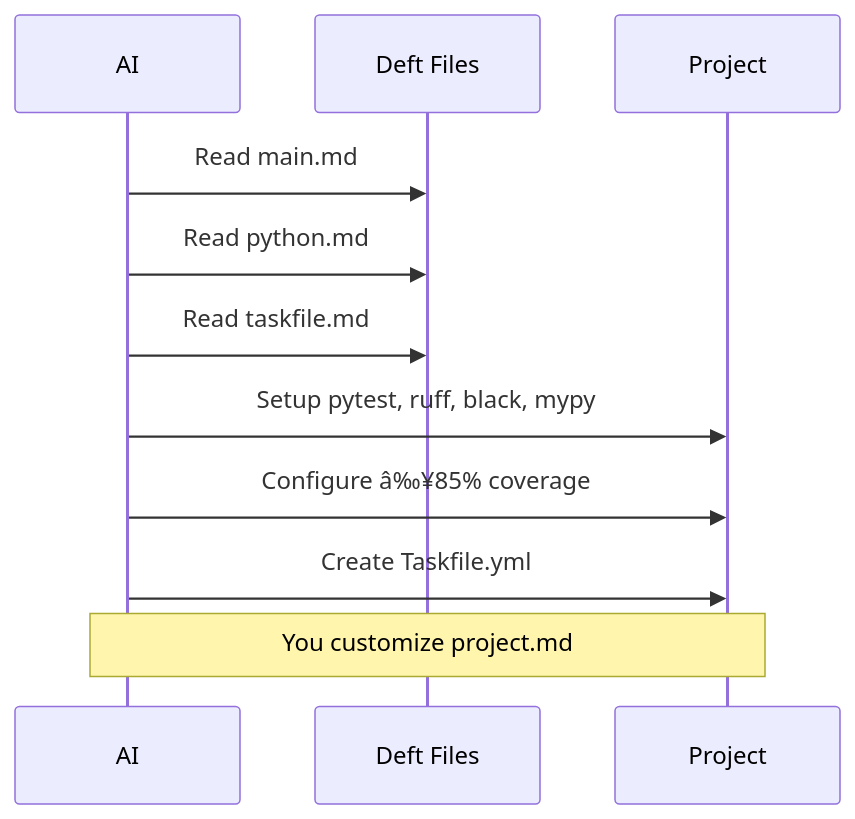
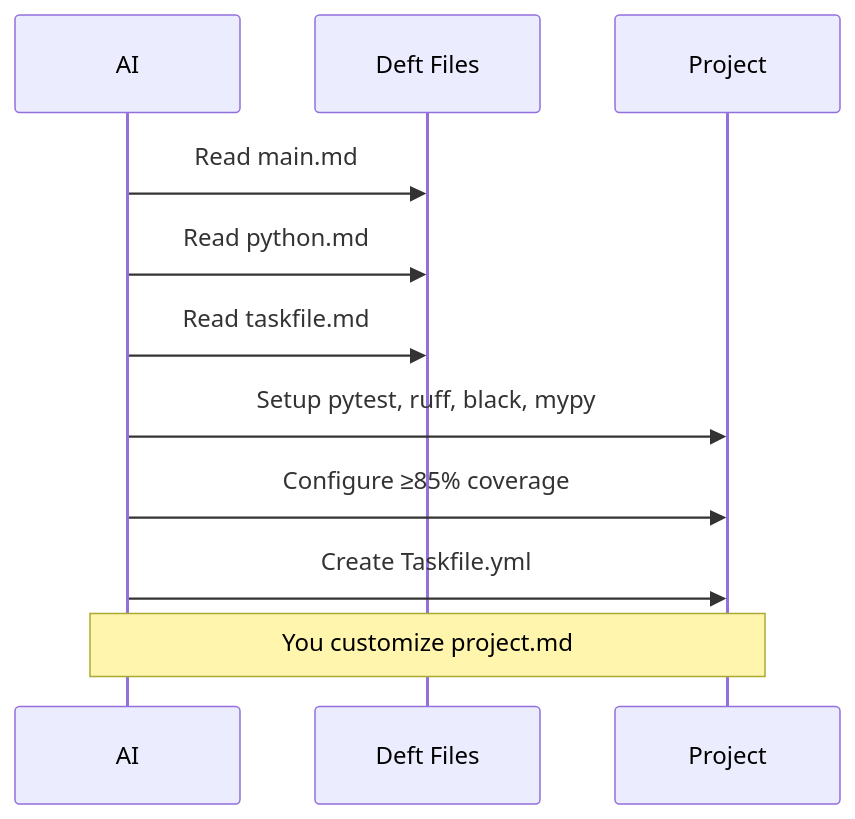
The sixth of 8 diagrams in README.md (deftai/directive), drawn with Mermaid before and after one commit. The commit also changed other lines of this file and 2 other files, not shown here.

````diff
--- a/README.md
+++ b/README.md
@@ -717,14 +717,14 @@
 ```mermaid
 sequenceDiagram
     participant AI
     participant Files as Deft Files
     participant Project
 
     AI->>Files: Read main.md
     AI->>Files: Read python.md
     AI->>Files: Read taskfile.md
     AI->>Project: Setup pytest, ruff, black, mypy
-    AI->>Project: Configure â‰¥85% coverage
+    AI->>Project: Configure ≥85% coverage
     AI->>Project: Create Taskfile.yml
     Note over AI,Project: You customize project.md
 ```
````
